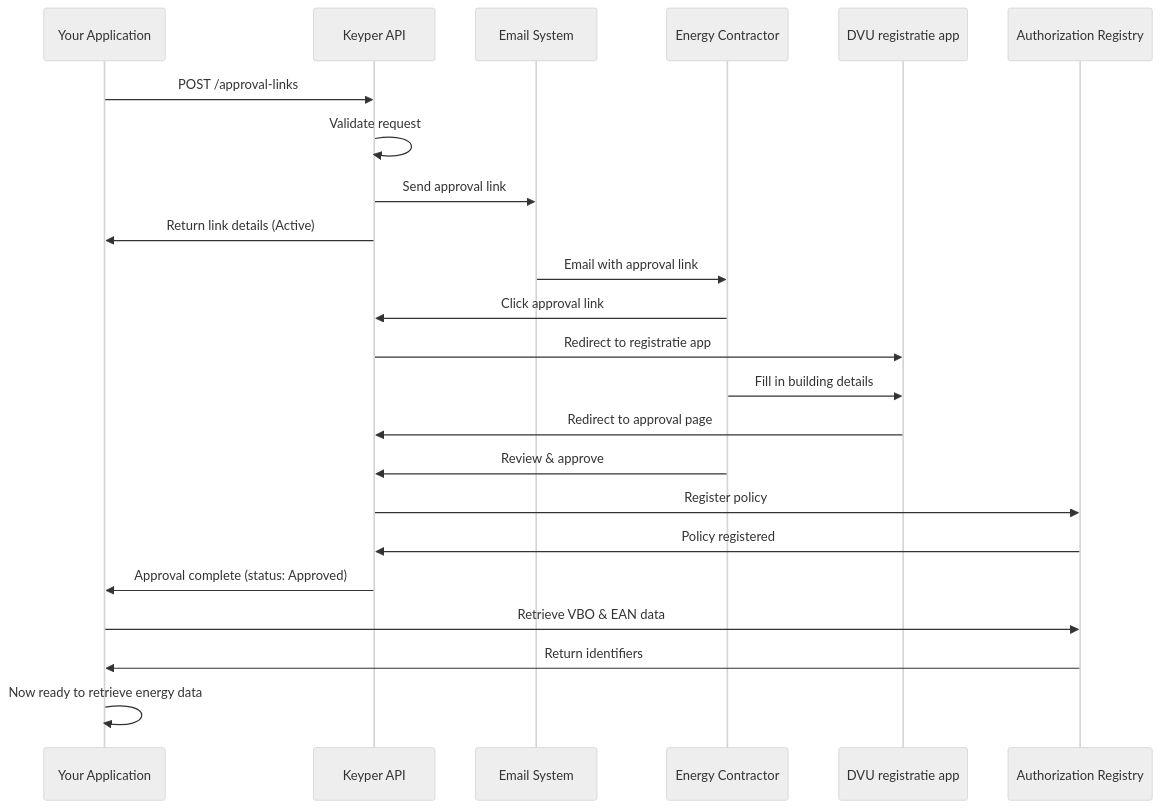
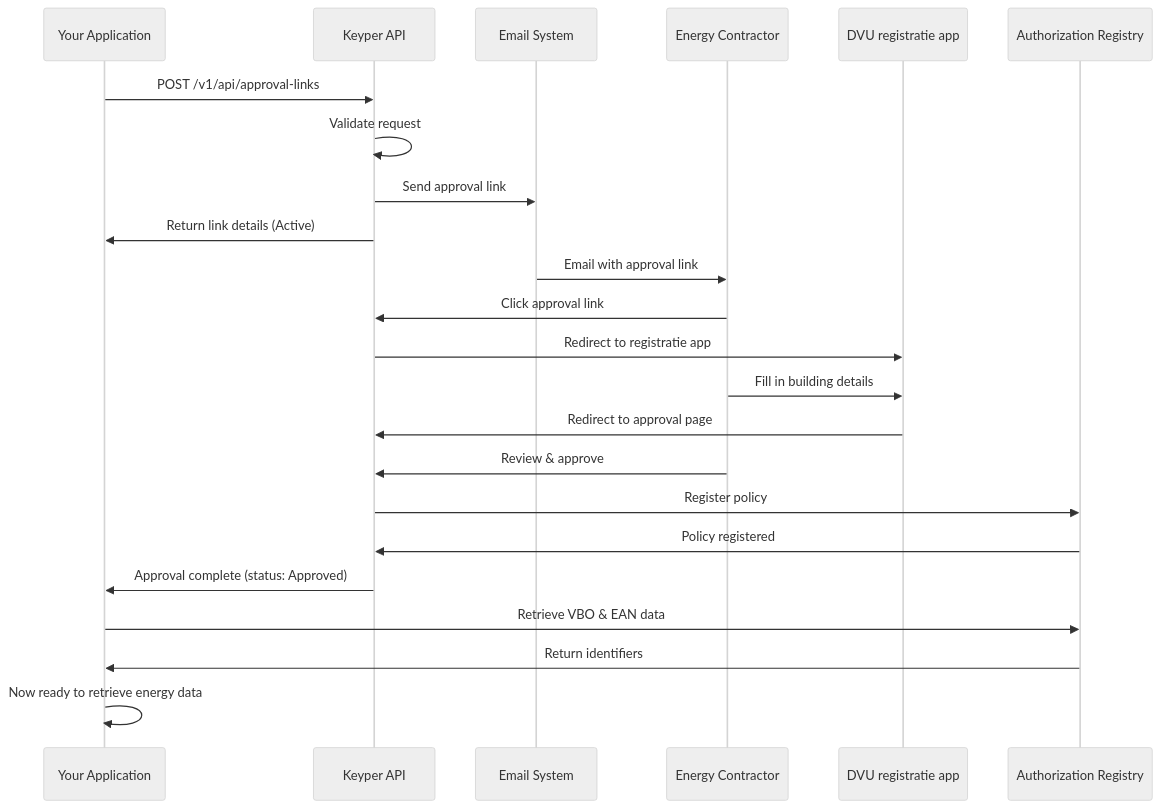
The diagram in dvu/getting-started.md (POORT8/Poort8.Docs), drawn with Mermaid (neutral theme) before and after one commit. The commit also changed 4 other files, not shown here.

````diff
--- a/dvu/getting-started.md
+++ b/dvu/getting-started.md
@@ -197,29 +197,29 @@
 ```mermaid
 sequenceDiagram
     participant You as Your Application
     participant Keyper as Keyper API
     participant Email as Email System
     participant EC as Energy Contractor
     participant DVU as DVU registratie app
     participant AR as Authorization Registry
 
-    You->>Keyper: POST /approval-links
+    You->>Keyper: POST /v1/api/approval-links
     Keyper->>Keyper: Validate request
     Keyper->>Email: Send approval link
     Keyper->>You: Return link details (Active)
     
     Email->>EC: Email with approval link
     EC->>Keyper: Click approval link
     Keyper->>DVU: Redirect to registratie app
     EC->>DVU: Fill in building details
     DVU->>Keyper: Redirect to approval page
     EC->>Keyper: Review & approve
     
     Keyper->>AR: Register policy
     AR->>Keyper: Policy registered
     Keyper->>You: Approval complete (status: Approved)
     
     You->>AR: Retrieve VBO & EAN data
     AR->>You: Return identifiers
     You->>You: Now ready to retrieve energy data
 ```
````
